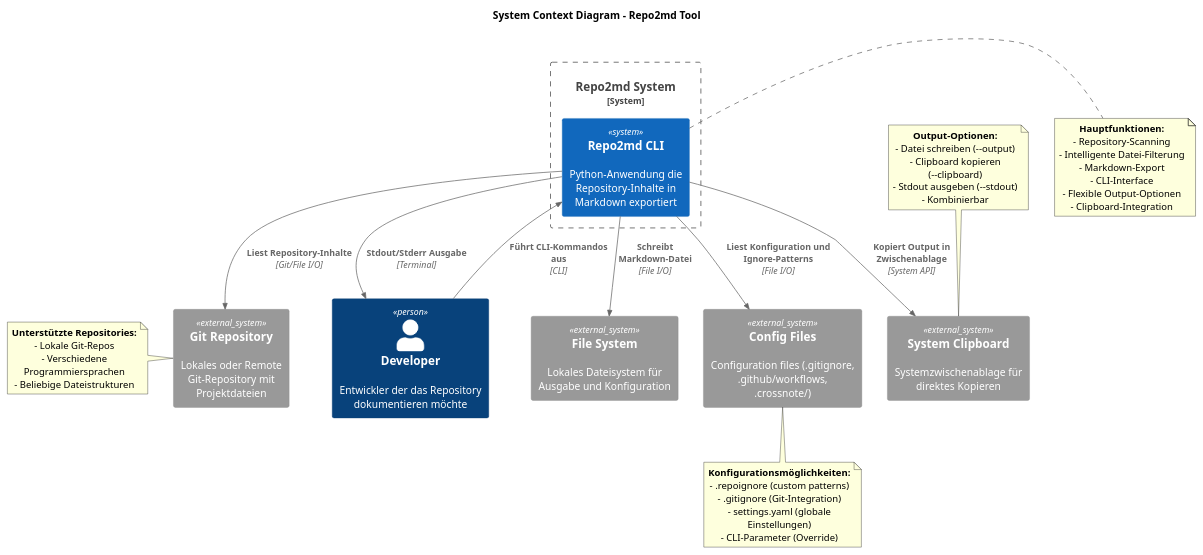
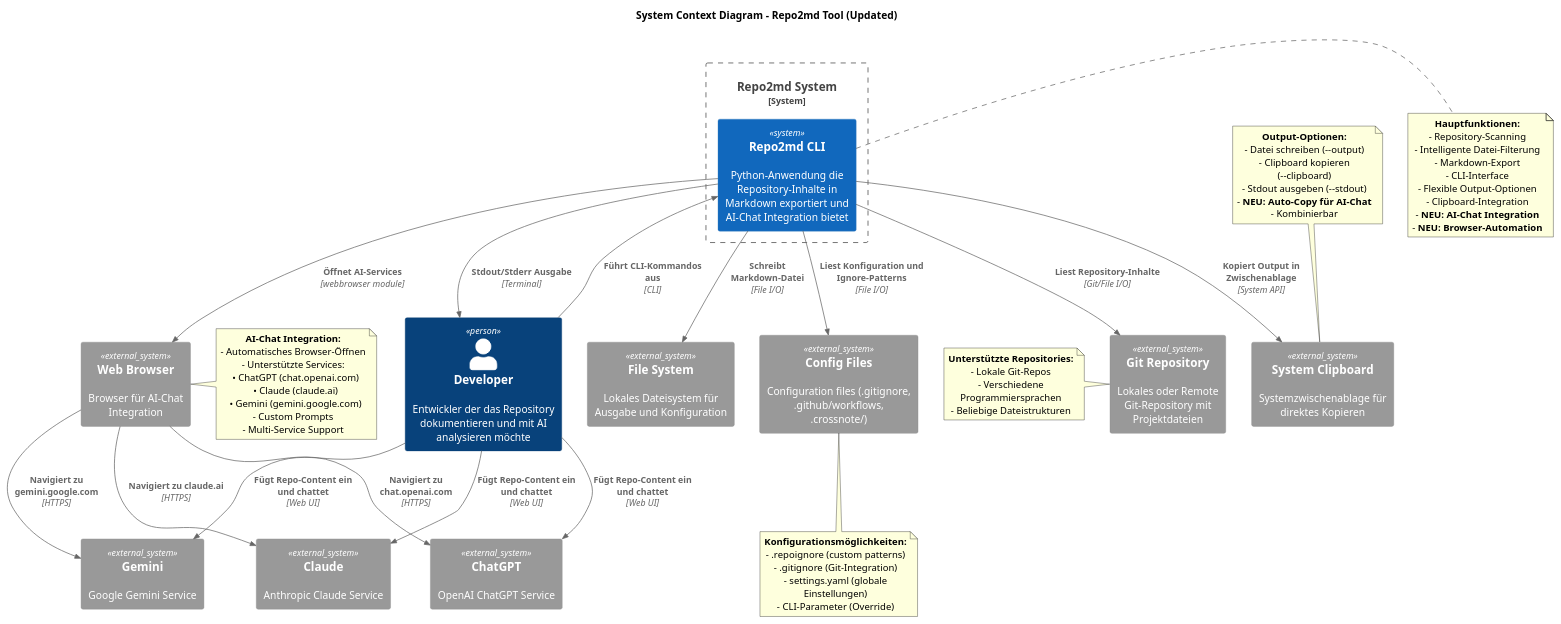
One commit to georghildebrand/repo2ai changed the diagram in docs/architecture/c4/01-system-context.puml. Above: the diagram before and after it, drawn with PlantUML. The commit also changed 14 other files, not shown here.

Commit message:
Add option to automatically open browser chat with AI and integrate PyPi

```diff
--- a/docs/architecture/c4/01-system-context.puml
+++ b/docs/architecture/c4/01-system-context.puml
@@ -1,57 +1,85 @@
 @startuml C4_Level1_repo2md
 !include https://raw.githubusercontent.com/plantuml-stdlib/C4-PlantUML/master/C4_Context.puml
 
-title System Context Diagram - Repo2md Tool
+title System Context Diagram - Repo2md Tool (Updated)
 
-Person(developer, "Developer", "Entwickler der das Repository dokumentieren möchte")
+Person(developer, "Developer", "Entwickler der das Repository dokumentieren und mit AI analysieren möchte")
 
 System_Boundary(repoToMd, "Repo2md System") {
-    System(repoToMdApp, "Repo2md CLI", "Python-Anwendung die Repository-Inhalte in Markdown exportiert")
+    System(repoToMdApp, "Repo2md CLI", "Python-Anwendung die Repository-Inhalte in Markdown exportiert und AI-Chat Integration bietet")
 }
 
 System_Ext(gitRepo, "Git Repository", "Lokales oder Remote Git-Repository mit Projektdateien")
 System_Ext(fileSystem, "File System", "Lokales Dateisystem für Ausgabe und Konfiguration")
 System_Ext(configFiles, "Config Files", "Configuration files (.gitignore, .github/workflows, .crossnote/)")
 System_Ext(clipboard, "System Clipboard", "Systemzwischenablage für direktes Kopieren")
+System_Ext(browser, "Web Browser", "Browser für AI-Chat Integration")
+
+System_Ext(chatgpt, "ChatGPT", "OpenAI ChatGPT Service")
+System_Ext(claude, "Claude", "Anthropic Claude Service")
+System_Ext(gemini, "Gemini", "Google Gemini Service")
 
 Rel(developer, repoToMdApp, "Führt CLI-Kommandos aus", "CLI")
 Rel(repoToMdApp, gitRepo, "Liest Repository-Inhalte", "Git/File I/O")
 Rel(repoToMdApp, fileSystem, "Schreibt Markdown-Datei", "File I/O")
 Rel(repoToMdApp, configFiles, "Liest Konfiguration und Ignore-Patterns", "File I/O")
 Rel(repoToMdApp, clipboard, "Kopiert Output in Zwischenablage", "System API")
+Rel(repoToMdApp, browser, "Öffnet AI-Services", "webbrowser module")
 Rel(repoToMdApp, developer, "Stdout/Stderr Ausgabe", "Terminal")
+
+Rel(browser, chatgpt, "Navigiert zu chat.openai.com", "HTTPS")
+Rel(browser, claude, "Navigiert zu claude.ai", "HTTPS")
+Rel(browser, gemini, "Navigiert zu gemini.google.com", "HTTPS")
+
+Rel(developer, chatgpt, "Fügt Repo-Content ein und chattet", "Web UI")
+Rel(developer, claude, "Fügt Repo-Content ein und chattet", "Web UI")
+Rel(developer, gemini, "Fügt Repo-Content ein und chattet", "Web UI")
 
 note right of repoToMdApp
   **Hauptfunktionen:**
   - Repository-Scanning
   - Intelligente Datei-Filterung
   - Markdown-Export
   - CLI-Interface
   - Flexible Output-Optionen
   - Clipboard-Integration
+  - **NEU: AI-Chat Integration**
+  - **NEU: Browser-Automation**
 end note
 
 note left of gitRepo
   **Unterstützte Repositories:**
   - Lokale Git-Repos
   - Verschiedene Programmiersprachen
   - Beliebige Dateistrukturen
 end note
 
 note bottom of configFiles
   **Konfigurationsmöglichkeiten:**
   - .repoignore (custom patterns)
   - .gitignore (Git-Integration)
   - settings.yaml (globale Einstellungen)
   - CLI-Parameter (Override)
 end note
 
 note top of clipboard
   **Output-Optionen:**
   - Datei schreiben (--output)
   - Clipboard kopieren (--clipboard)
   - Stdout ausgeben (--stdout)
+  - **NEU: Auto-Copy für AI-Chat**
   - Kombinierbar
 end note
 
+note right of browser
+  **AI-Chat Integration:**
+  - Automatisches Browser-Öffnen
+  - Unterstützte Services:
+    • ChatGPT (chat.openai.com)
+    • Claude (claude.ai)
+    • Gemini (gemini.google.com)
+  - Custom Prompts
+  - Multi-Service Support
+end note
+
 @enduml
```
